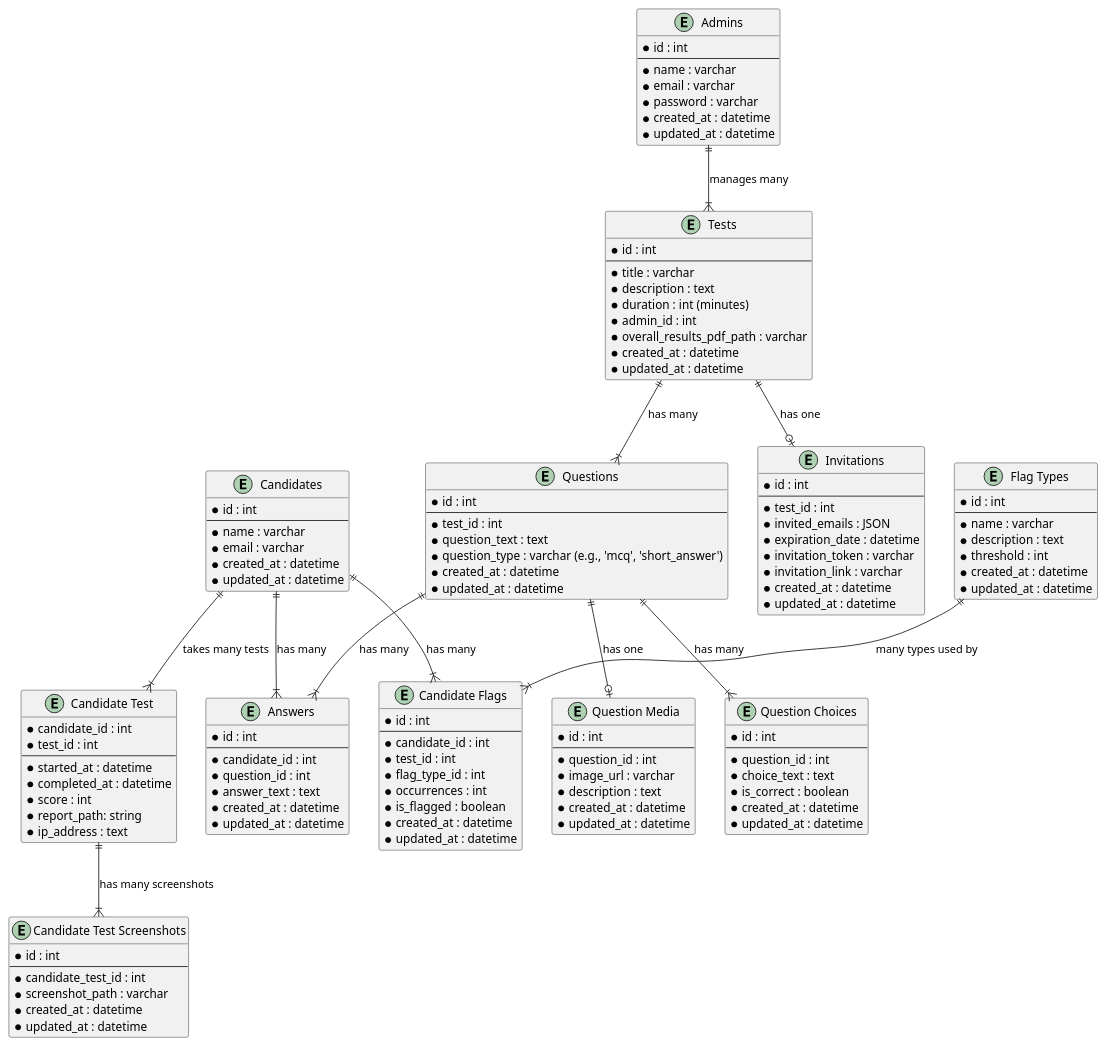
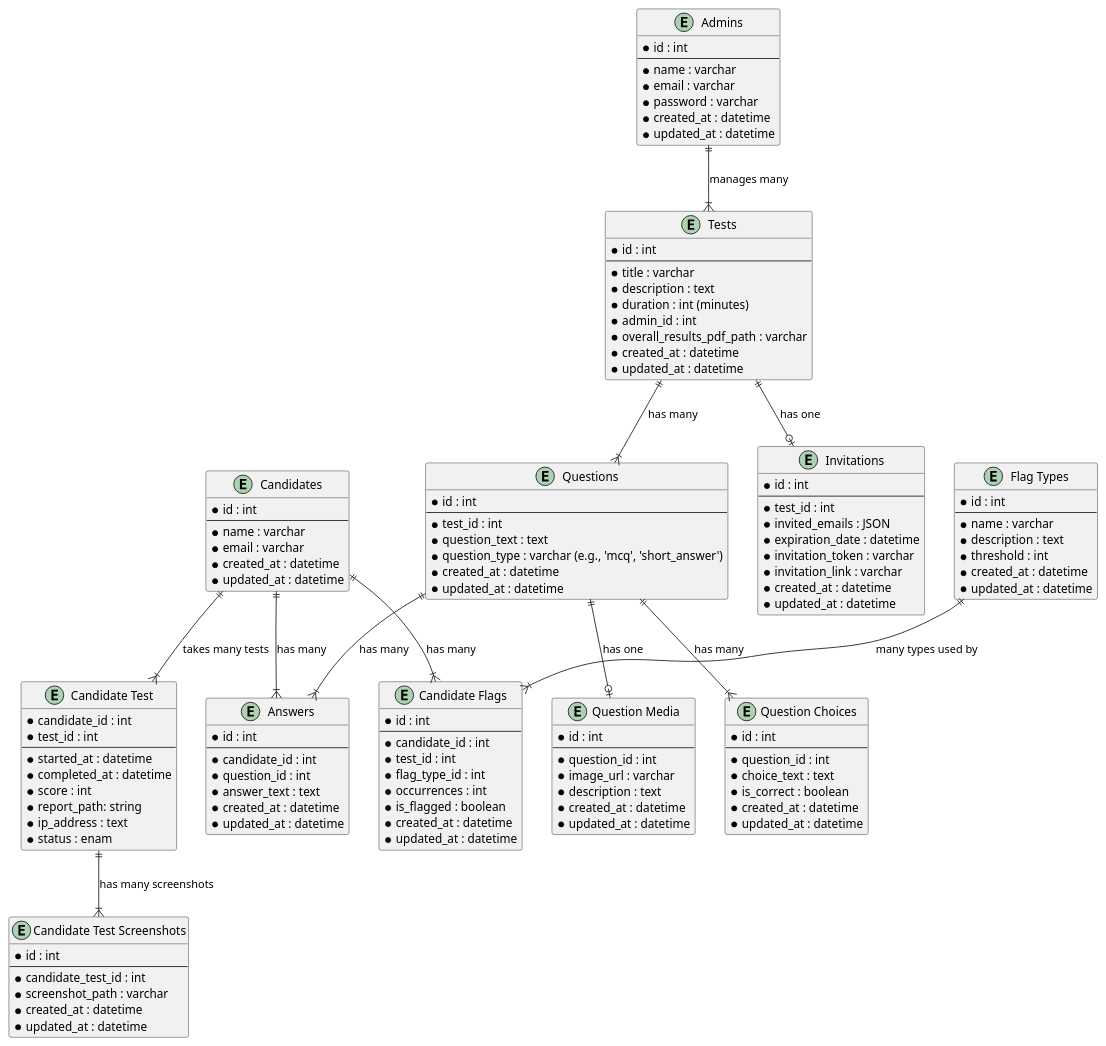
The diagram in storage/plantuml/db_diagram.puml (milelecars/MileleSkillSage), drawn with PlantUML before and after one commit. The commit also changed 60 other files, not shown here.

```diff
--- a/storage/plantuml/db_diagram.puml
+++ b/storage/plantuml/db_diagram.puml
@@ -1,142 +1,143 @@
 @startuml "Milele SkillSage"
 
 
 entity "Candidates" {
   * id : int
   --
   * name : varchar
   * email : varchar
   * created_at : datetime
   * updated_at : datetime
 }
 
 entity "Tests" {
   * id : int
   --
   * title : varchar
   * description : text
   * duration : int (minutes)
   * admin_id : int
   * overall_results_pdf_path : varchar
   * created_at : datetime
   * updated_at : datetime
 }
 
 entity "Candidate Test" {
   * candidate_id : int
   * test_id : int
   --
   * started_at : datetime
   * completed_at : datetime
   * score : int
   * report_path: string
   * ip_address : text
+  * status : enam
 }
 
 entity "Candidate Test Screenshots" {
   * id : int
   --
   * candidate_test_id : int
   * screenshot_path : varchar
   * created_at : datetime
   * updated_at : datetime
 }
 
 entity "Questions" {
   * id : int
   --
   * test_id : int
   * question_text : text
   * question_type : varchar (e.g., 'mcq', 'short_answer')
   * created_at : datetime
   * updated_at : datetime
 }
 
 entity "Question Choices" {
   * id : int
   --
   * question_id : int
   * choice_text : text
   * is_correct : boolean
   * created_at : datetime
   * updated_at : datetime
 }
 
 entity "Question Media" {
   * id : int
   --
   * question_id : int
   * image_url : varchar
   * description : text
   * created_at : datetime
   * updated_at : datetime
 }
 
 entity "Answers" {
   * id : int
   --
   * candidate_id : int
   * question_id : int
   * answer_text : text
   * created_at : datetime
   * updated_at : datetime
 }
 
 entity "Admins" {
   * id : int
   --
   * name : varchar
   * email : varchar
   * password : varchar  
   * created_at : datetime
   * updated_at : datetime
 }
 
 entity "Flag Types" {
   * id : int
   --
   * name : varchar
   * description : text
   * threshold : int
   * created_at : datetime
   * updated_at : datetime
 }
 
 entity "Candidate Flags" {
   * id : int
   --
   * candidate_id : int
   * test_id : int
   * flag_type_id : int
   * occurrences : int
   * is_flagged : boolean
   * created_at : datetime
   * updated_at : datetime
 }
 
 entity "Invitations" {
   * id : int
   --
   * test_id : int
   * invited_emails : JSON
   * expiration_date : datetime
   * invitation_token : varchar
   * invitation_link : varchar
   * created_at : datetime 
   * updated_at : datetime
 }
 
 ' Relationships
 "Candidates" ||--|{ "Answers" : has many
 "Candidates" ||--|{ "Candidate Flags" : has many
 "Candidates" ||--|{ "Candidate Test" : takes many tests
 "Tests" ||--|{ "Questions" : has many
 "Tests" ||--o| "Invitations" : has one
 "Questions" ||--|{ "Question Choices" : has many
 "Questions" ||--o| "Question Media" : has one
 "Questions" ||--|{ "Answers" : has many  
 "Flag Types" ||--|{ "Candidate Flags" : many types used by
 "Admins" ||--|{ "Tests" : manages many
 "Candidate Test" ||--|{ "Candidate Test Screenshots" : "has many screenshots"
 
 @enduml
```
